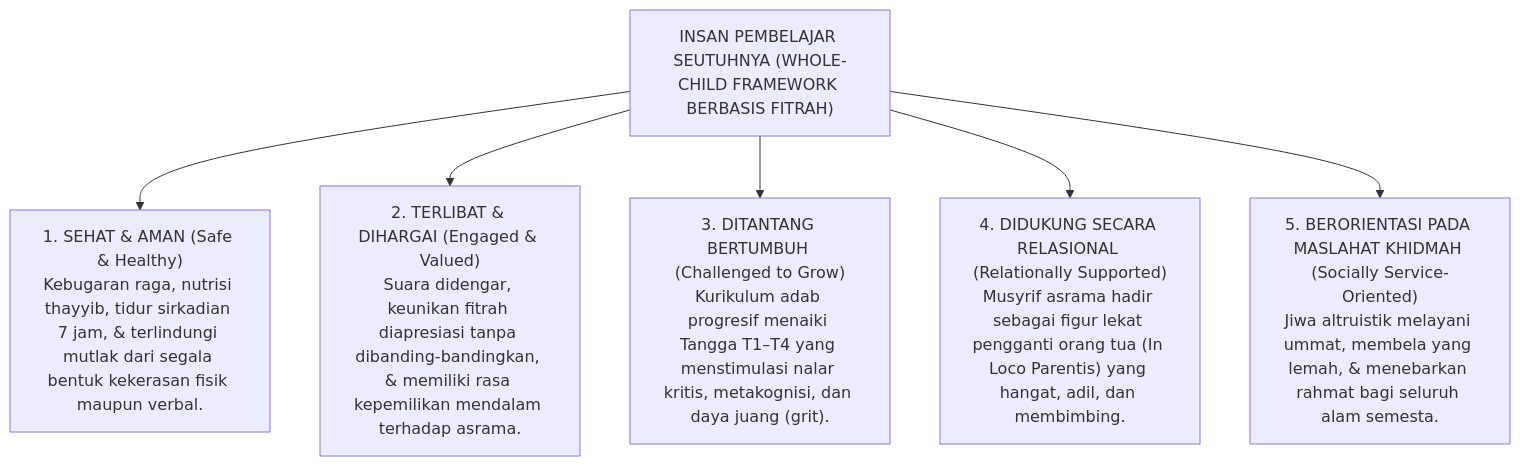
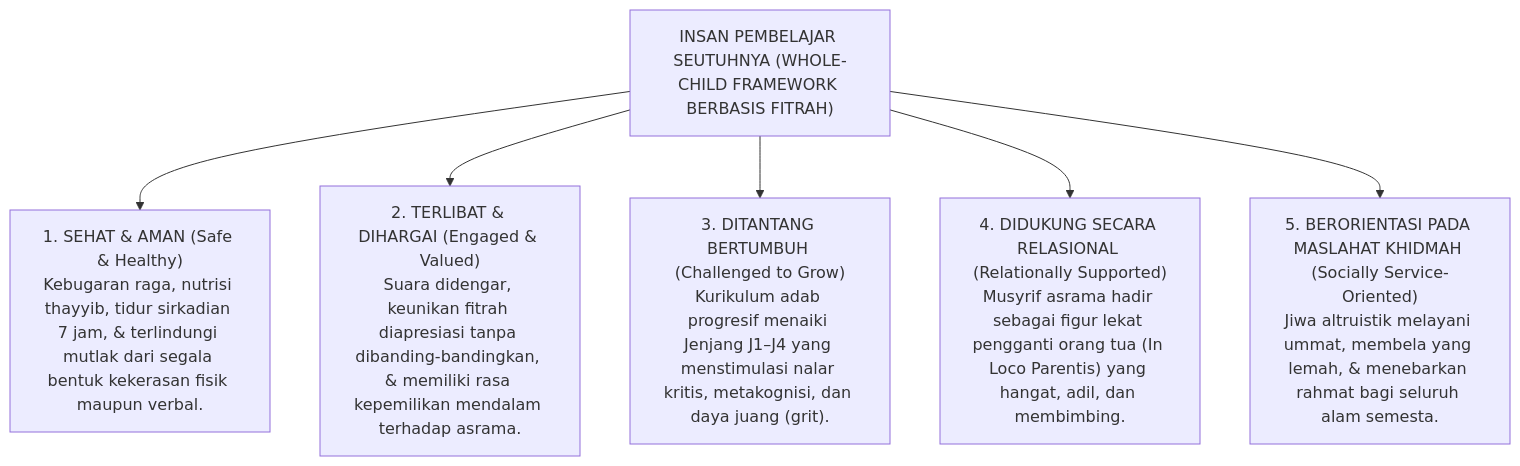
Before and after one commit to wandiapriliyandi/tumbuh: the second of 3 diagrams in BOOK-SERIES/Volume-02/Bab-01-Arsitektur-Kapasitas-Holistik-Berbasis-Fitrah/01-Dekonstruksi-Karakter-Parsial-Menuju-Whole-Child.md, drawn with Mermaid. The commit also changed other lines of this file and 209 other files, not shown here.

````diff
--- a/BOOK-SERIES/Volume-02/Bab-01-Arsitektur-Kapasitas-Holistik-Berbasis-Fitrah/01-Dekonstruksi-Karakter-Parsial-Menuju-Whole-Child.md
+++ b/BOOK-SERIES/Volume-02/Bab-01-Arsitektur-Kapasitas-Holistik-Berbasis-Fitrah/01-Dekonstruksi-Karakter-Parsial-Menuju-Whole-Child.md
@@ -55,14 +55,14 @@
 ```mermaid
 graph TD
     Santri["INSAN PEMBELAJAR SEUTUHNYA (WHOLE-CHILD FRAMEWORK BERBASIS FITRAH)"]
     
     Santri --> S1["1. SEHAT & AMAN (Safe & Healthy)<br/>Kebugaran raga, nutrisi thayyib, tidur sirkadian 7 jam, & terlindungi mutlak dari segala bentuk kekerasan fisik maupun verbal."]
     
     Santri --> S2["2. TERLIBAT & DIHARGAI (Engaged & Valued)<br/>Suara didengar, keunikan fitrah diapresiasi tanpa dibanding-bandingkan, & memiliki rasa kepemilikan mendalam terhadap asrama."]
     
-    Santri --> S3["3. DITANTANG BERTUMBUH (Challenged to Grow)<br/>Kurikulum adab progresif menaiki Tangga T1–T4 yang menstimulasi nalar kritis, metakognisi, dan daya juang (grit)."]
+    Santri --> S3["3. DITANTANG BERTUMBUH (Challenged to Grow)<br/>Kurikulum adab progresif menaiki Jenjang J1–J4 yang menstimulasi nalar kritis, metakognisi, dan daya juang (grit)."]
     
     Santri --> S4["4. DIDUKUNG SECARA RELASIONAL (Relationally Supported)<br/>Musyrif asrama hadir sebagai figur lekat pengganti orang tua (In Loco Parentis) yang hangat, adil, dan membimbing."]
     
     Santri --> S5["5. BERORIENTASI PADA MASLAHAT KHIDMAH (Socially Service-Oriented)<br/>Jiwa altruistik melayani ummat, membela yang lemah, & menebarkan rahmat bagi seluruh alam semesta."]
 ```
````
